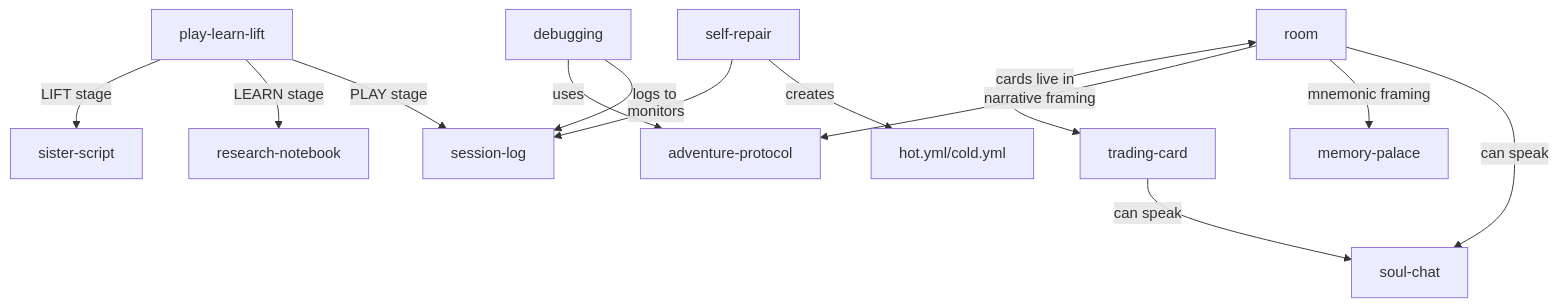
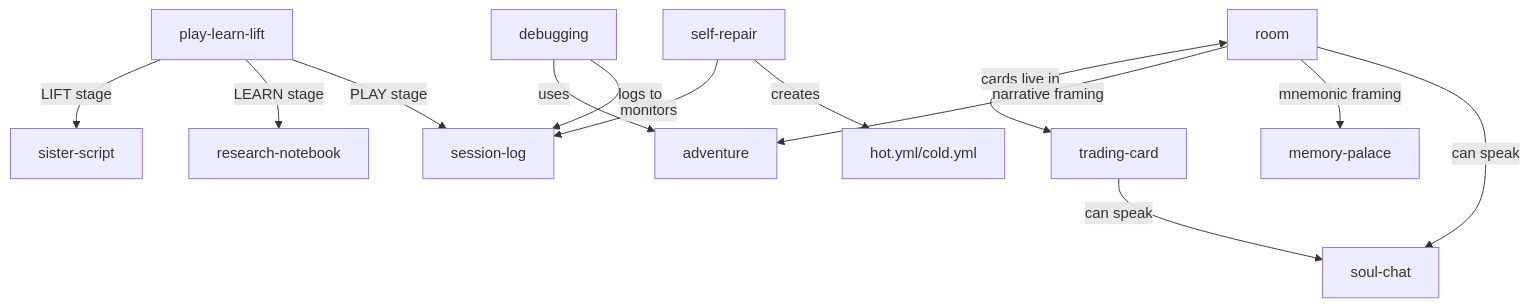
Before and after one commit to SimHacker/moollm: the diagram in skills/README.md, drawn with Mermaid. The commit also changed other lines of this file and 46 other files, not shown here.

````diff
--- a/skills/README.md
+++ b/skills/README.md
@@ -194,19 +222,19 @@
 ```mermaid
 graph TD
     PLL[play-learn-lift] -->|LIFT stage| SS[sister-script]
     PLL -->|LEARN stage| RN[research-notebook]
     PLL -->|PLAY stage| SL[session-log]
     
     R[room] <-->|cards live in| TC[trading-card]
-    R -->|narrative framing| AP[adventure-protocol]
+    R -->|narrative framing| AP[adventure]
     R -->|mnemonic framing| MP[memory-palace]
     
     TC -->|can speak| SC[soul-chat]
     R -->|can speak| SC
     
     SR[self-repair] -->|monitors| SL
     SR -->|creates| HOT[hot.yml/cold.yml]
     
     DB[debugging] -->|uses| AP
     DB -->|logs to| SL
 ```
````
